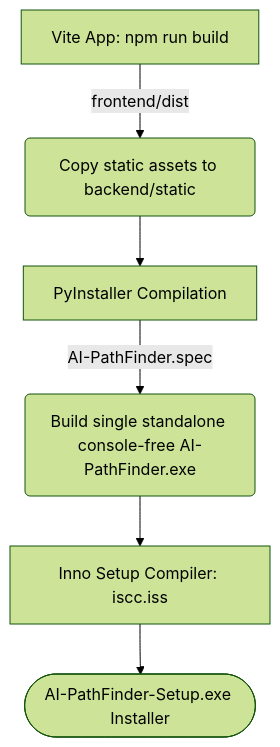
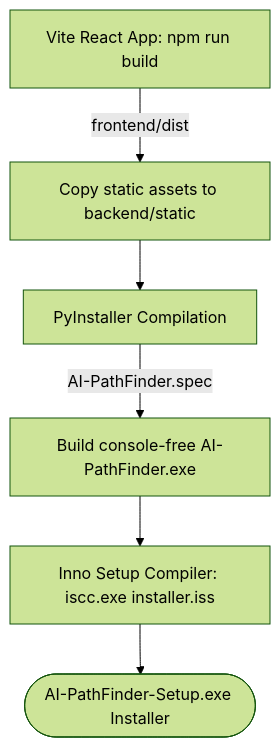
One commit to karansinghverma979/AI-PathFinder changed the diagram in README.md. Above: the diagram before and after it, drawn with Mermaid (forest theme). The commit also changed other lines of this file and 17 other files, not shown here.

````diff
--- a/README.md
+++ b/README.md
@@ -185,8 +194,8 @@
 ```mermaid
 graph TD
-    A[Vite App: npm run build] -->|frontend/dist| B(Copy static assets to backend/static)
-    B --> C[PyInstaller Compilation]
-    C -->|AI-PathFinder.spec| D(Build single standalone console-free AI-PathFinder.exe)
-    D --> E[Inno Setup Compiler: iscc.iss]
-    E --> F([AI-PathFinder-Setup.exe Installer])
+    A["Vite React App: npm run build"] -->|frontend/dist| B["Copy static assets to backend/static"]
+    B --> C["PyInstaller Compilation"]
+    C -->|AI-PathFinder.spec| D["Build console-free AI-PathFinder.exe"]
+    D --> E["Inno Setup Compiler: iscc.exe installer.iss"]
+    E --> F(["AI-PathFinder-Setup.exe Installer"])
 ```
````
